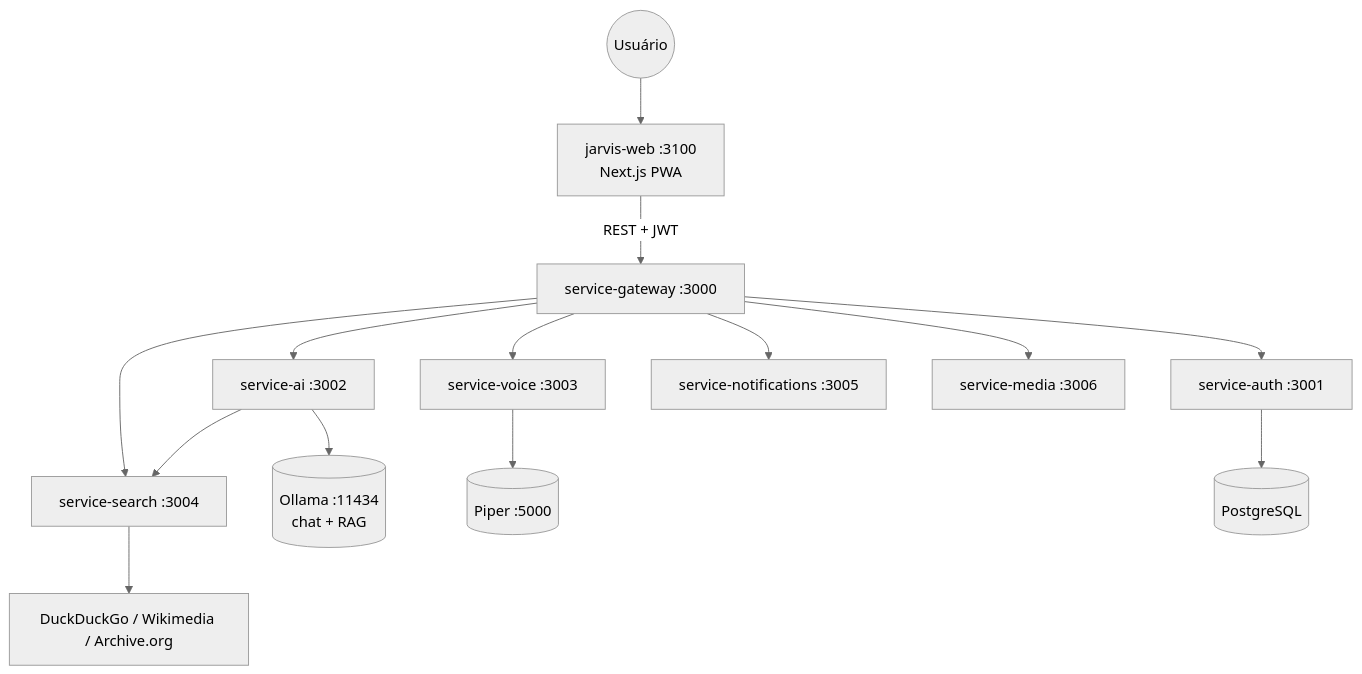
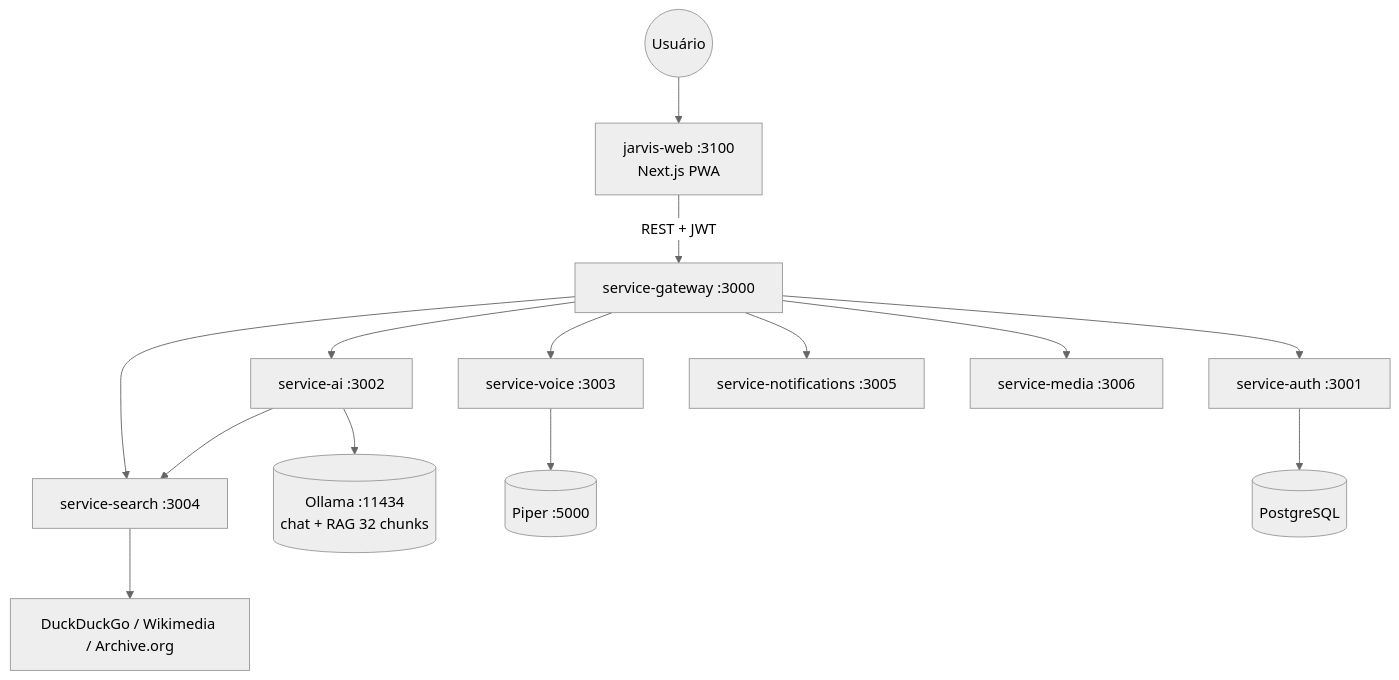
Before and after one commit to FranciscoStanley/MyJarvis: the diagram in README.md, drawn with Mermaid (neutral theme). The commit also changed other lines of this file and 11 other files, not shown here.

````diff
--- a/README.md
+++ b/README.md
@@ -25,19 +25,19 @@
 ```mermaid
 flowchart TB
     USER((Usuário)) --> WEB[jarvis-web :3100<br/>Next.js PWA]
 
     WEB -->|REST + JWT| GW[service-gateway :3000]
 
     GW --> AUTH[service-auth :3001]
     GW --> AI[service-ai :3002]
     GW --> VOICE[service-voice :3003]
     GW --> SEARCH[service-search :3004]
     GW --> NOTIF[service-notifications :3005]
     GW --> MEDIA[service-media :3006]
 
-    AI --> OLLAMA[(Ollama :11434<br/>chat + RAG)]
+    AI --> OLLAMA[(Ollama :11434<br/>chat + RAG 32 chunks)]
     AI --> SEARCH
     VOICE --> PIPER[(Piper :5000)]
     SEARCH --> DDG[DuckDuckGo / Wikimedia / Archive.org]
     AUTH --> PG[(PostgreSQL)]
 ```
````
